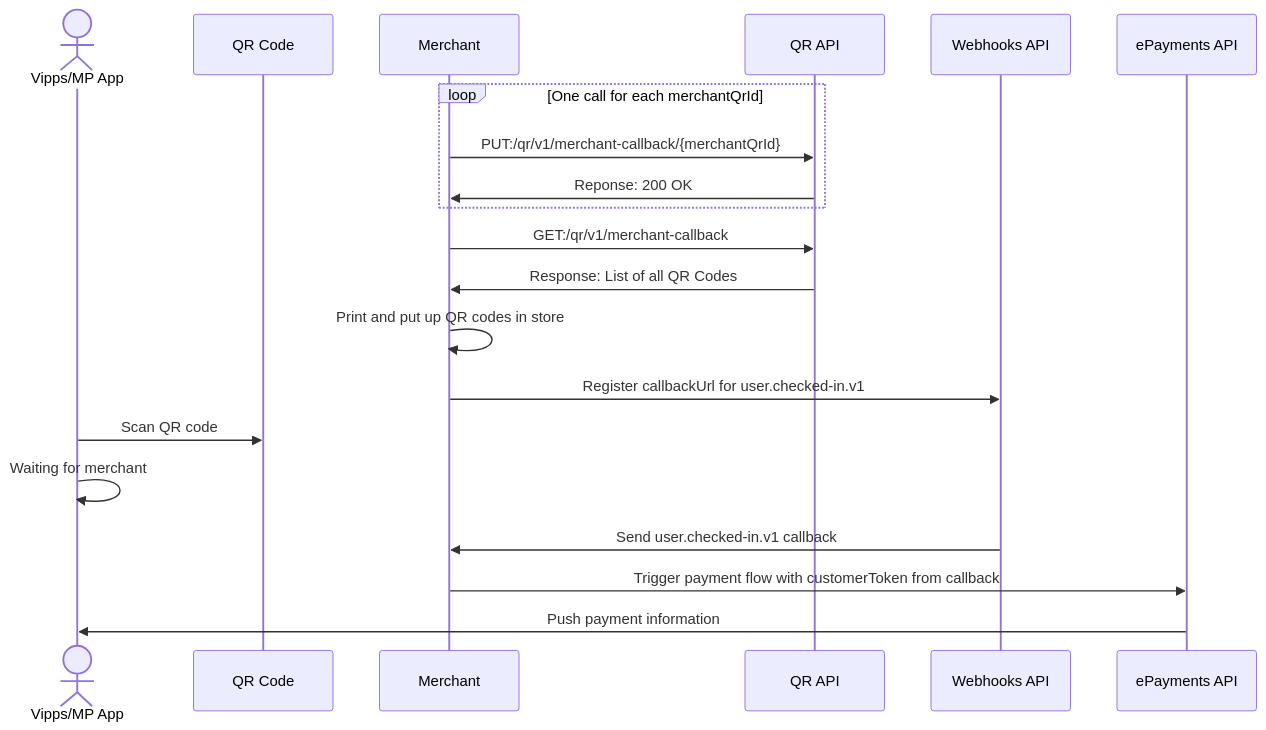
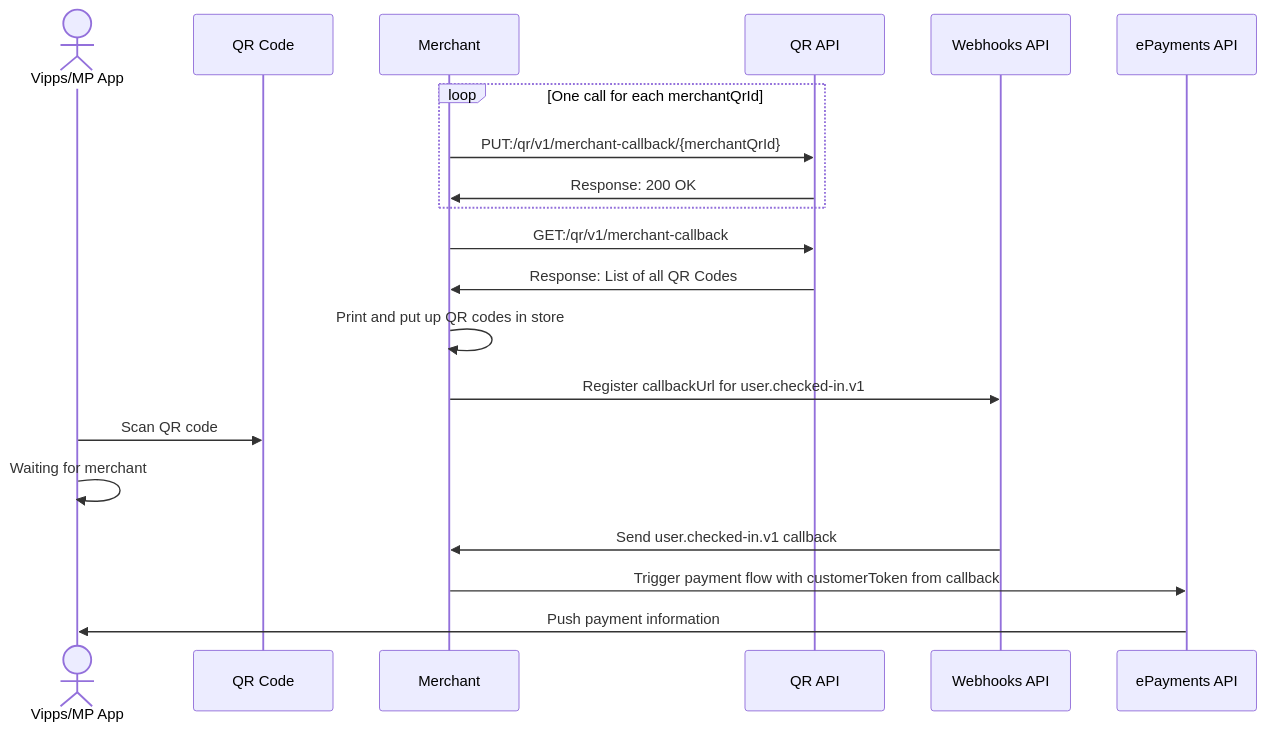
One commit to vippsas/vipps-qr-api changed the diagram in vipps-qr-api.md. Above: the diagram before and after it, drawn with Mermaid. The commit also changed 1 other file, not shown here.

Commit message:
FAQs are being merged into the knowledge base. Update links. (#126)
* Move link from faq to knowledge base

* Fix typo

````diff
--- a/vipps-qr-api.md
+++ b/vipps-qr-api.md
@@ -423,31 +423,31 @@
 ``` mermaid
 sequenceDiagram
   actor user as Vipps/MP App
   participant qr as QR Code
   participant Merchant
   participant qrApi as QR API
   participant webhooks as Webhooks API
   participant ePayment as ePayments API
 
   loop One call for each merchantQrId
     Merchant ->> qrApi: PUT:/qr/v1/merchant-callback/{merchantQrId}
-    qrApi ->> Merchant: Reponse: 200 OK
+    qrApi ->> Merchant: Response: 200 OK
   end
 
   Merchant ->> qrApi: GET:/qr/v1/merchant-callback
   qrApi ->> Merchant: Response: List of all QR Codes
 
   Merchant ->> Merchant: Print and put up QR codes in store
 
   Merchant ->> webhooks: Register callbackUrl for user.checked-in.v1
 
   
   user ->> qr: Scan QR code
   user ->> user: Waiting for merchant
 
   webhooks ->> Merchant: Send user.checked-in.v1 callback
 
   Merchant ->> ePayment: Trigger payment flow with customerToken from callback
   ePayment ->> user: Push payment information
 
 ```
````
